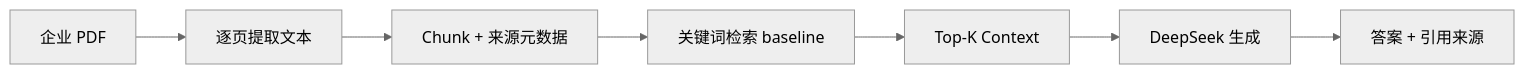
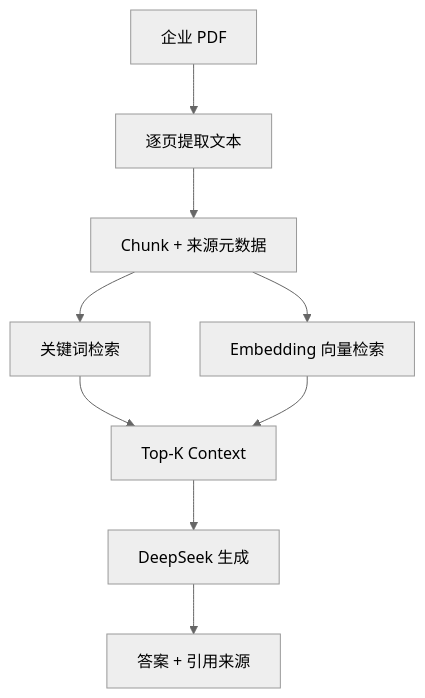
One commit to Mistriptide/enterprise-insight-agent changed the diagram in README.md. Above: the diagram before and after it, drawn with Mermaid (neutral theme). The commit also changed other lines of this file and 10 other files, not shown here.

````diff
--- a/README.md
+++ b/README.md
@@ -21,9 +24,11 @@
 ```mermaid
-flowchart LR
+flowchart TD
     A["企业 PDF"] --> B["逐页提取文本"]
     B --> C["Chunk + 来源元数据"]
-    C --> D["关键词检索 baseline"]
-    D --> E["Top-K Context"]
-    E --> F["DeepSeek 生成"]
-    F --> G["答案 + 引用来源"]
+    C --> D["关键词检索"]
+    C --> E["Embedding 向量检索"]
+    D --> F["Top-K Context"]
+    E --> F
+    F --> G["DeepSeek 生成"]
+    G --> H["答案 + 引用来源"]
 ```
````
